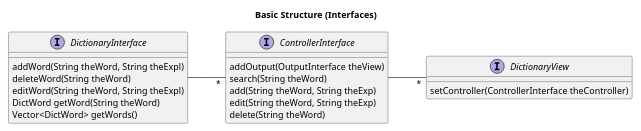
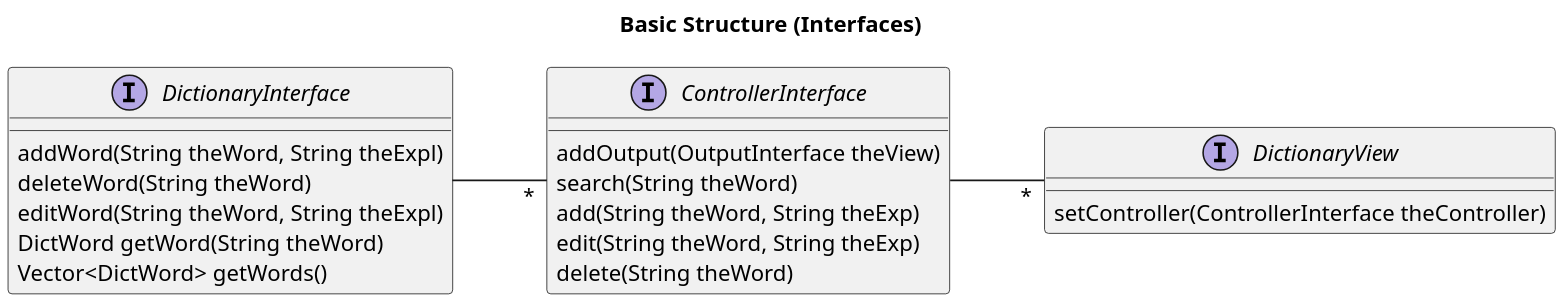
Before and after one commit to bth-dipt-teaching/PA1458-OO-Design: the fifth of 8 diagrams in Lectures/07_Design_to_Code.org, drawn with PlantUML. The commit also changed other lines of this file and 8 other files, not shown here.

```diff
--- a/Lectures/07_Design_to_Code.org
+++ b/Lectures/07_Design_to_Code.org
@@ -125,28 +129,28 @@
 #+BEGIN_SRC plantuml :file FDictionaryClass1.png
-scale max 800*600
+scale 2
 left to right direction
 title Basic Structure (Interfaces)
 interface DictionaryInterface
 DictionaryInterface : addWord(String theWord, String theExpl)
 DictionaryInterface : deleteWord(String theWord)
 DictionaryInterface : editWord(String theWord, String theExpl)
 DictionaryInterface : DictWord getWord(String theWord)
 DictionaryInterface : Vector<DictWord> getWords()
 
 interface DictionaryView
 DictionaryView : setController(ControllerInterface theController)
 
 interface ControllerInterface
 ControllerInterface : addOutput(OutputInterface theView)
 ControllerInterface : search(String theWord)
 ControllerInterface : add(String theWord, String theExp)
 ControllerInterface : edit(String theWord, String theExp)
 ControllerInterface : delete(String theWord)
 
 ' ControllerInterface -- "*" OutputInterface
 ' interface OutputInterface
 ' OutputInterface : display(String theWord, String theExpl)
 
 DictionaryInterface -- "*" ControllerInterface
 ControllerInterface -- "*" DictionaryView
 #+END_SRC
```
